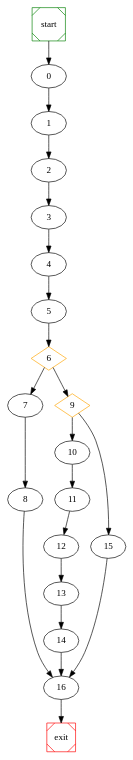
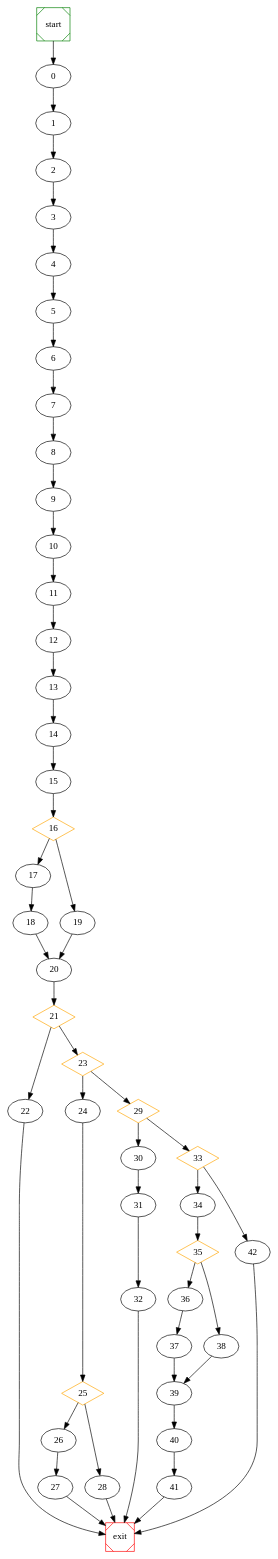
The diagram in wpc/raw_graph.dot (NabeelQaiser/BTP_2k18-19), drawn with Graphviz before and after one commit. The commit also changed 5 other files, not shown here.

```diff
--- a/wpc/raw_graph.dot
+++ b/wpc/raw_graph.dot
@@ -1,29 +1,65 @@
 # dot file created at runtime
 
 digraph G {
 	start -> 0;
 	0 -> 1 ;
 	1 -> 2 ;
 	2 -> 3 ;
 	3 -> 4 ;
 	4 -> 5 ;
-	6 [shape=diamond, color=orange] ;
+	5 -> 6 ;
+	6 -> 7 ;
 	7 -> 8 ;
-	6 -> 7 ;
-	9 [shape=diamond, color=orange] ;
-	6 -> 9 ;
+	8 -> 9 ;
+	9 -> 10 ;
 	10 -> 11 ;
 	11 -> 12 ;
 	12 -> 13 ;
 	13 -> 14 ;
-	9 -> 10 ;
-	9 -> 15 ;
-	5 -> 6 ;
-	8 -> 16 ;
+	14 -> 15 ;
+	16 [shape=diamond, color=orange] ;
+	17 -> 18 ;
+	16 -> 17 ;
+	16 -> 19 ;
 	15 -> 16 ;
-	14 -> 16 ;
-	16 -> exit;
+	18 -> 20 ;
+	19 -> 20 ;
+	21 [shape=diamond, color=orange] ;
+	21 -> 22 ;
+	23 [shape=diamond, color=orange] ;
+	21 -> 23 ;
+	25 [shape=diamond, color=orange] ;
+	26 -> 27 ;
+	25 -> 26 ;
+	25 -> 28 ;
+	24 -> 25 ;
+	23 -> 24 ;
+	29 [shape=diamond, color=orange] ;
+	23 -> 29 ;
+	30 -> 31 ;
+	31 -> 32 ;
+	29 -> 30 ;
+	33 [shape=diamond, color=orange] ;
+	29 -> 33 ;
+	35 [shape=diamond, color=orange] ;
+	36 -> 37 ;
+	35 -> 36 ;
+	35 -> 38 ;
+	34 -> 35 ;
+	37 -> 39 ;
+	38 -> 39 ;
+	39 -> 40 ;
+	40 -> 41 ;
+	33 -> 34 ;
+	33 -> 42 ;
+	20 -> 21 ;
+	28 -> exit;
+	22 -> exit;
+	41 -> exit;
+	42 -> exit;
+	32 -> exit;
+	27 -> exit;
 
 	start [shape=Msquare, color=green];
 	exit [shape=Msquare, color=red];
 }
```
